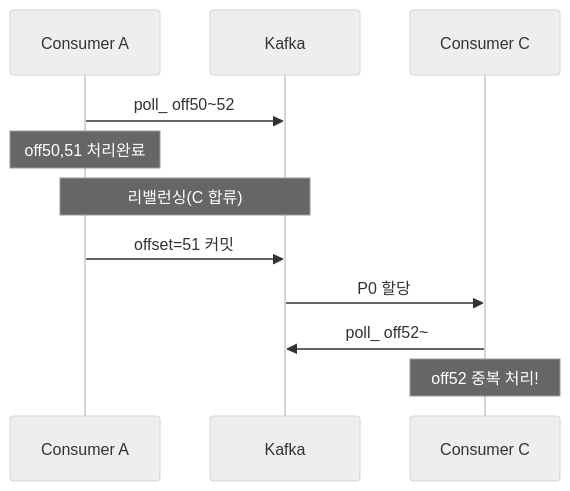
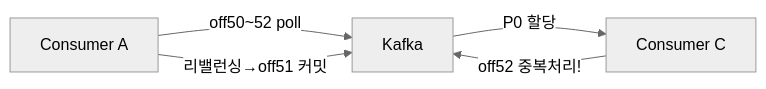
Before and after one commit to yjkim2015/yjkim2015.github.io: the fifth of 21 diagrams in _posts/kafka/2026-05-01-kafka-extreme-scenarios.md, drawn with Mermaid (neutral theme). The commit also changed other lines of this file and 84 other files, not shown here.

First line of the commit message:
85개 포스트 Mermaid 다이어그램 규칙 일괄 수정

````diff
--- a/_posts/kafka/2026-05-01-kafka-extreme-scenarios.md
+++ b/_posts/kafka/2026-05-01-kafka-extreme-scenarios.md
@@ -88,13 +80,10 @@
 ```mermaid
-sequenceDiagram
-    participant CA as Consumer A
-    participant K as Kafka
-    participant CB as Consumer C
-    CA->>K: poll_ off50~52
-    Note over CA: off50,51 처리완료
-    Note over CA,K: 리밸런싱(C 합류)
-    CA->>K: offset=51 커밋
-    K->>CB: P0 할당
-    CB->>K: poll_ off52~
-    Note over CB: off52 중복 처리!
+graph LR
+    CA["Consumer A"]
+    K["Kafka"]
+    CB["Consumer C"]
+    CA -->|"off50~52 poll"| K
+    CA -->|"리밸런싱→off51 커밋"| K
+    K -->|"P0 할당"| CB
+    CB -->|"off52 중복처리!"| K
 ```
````
